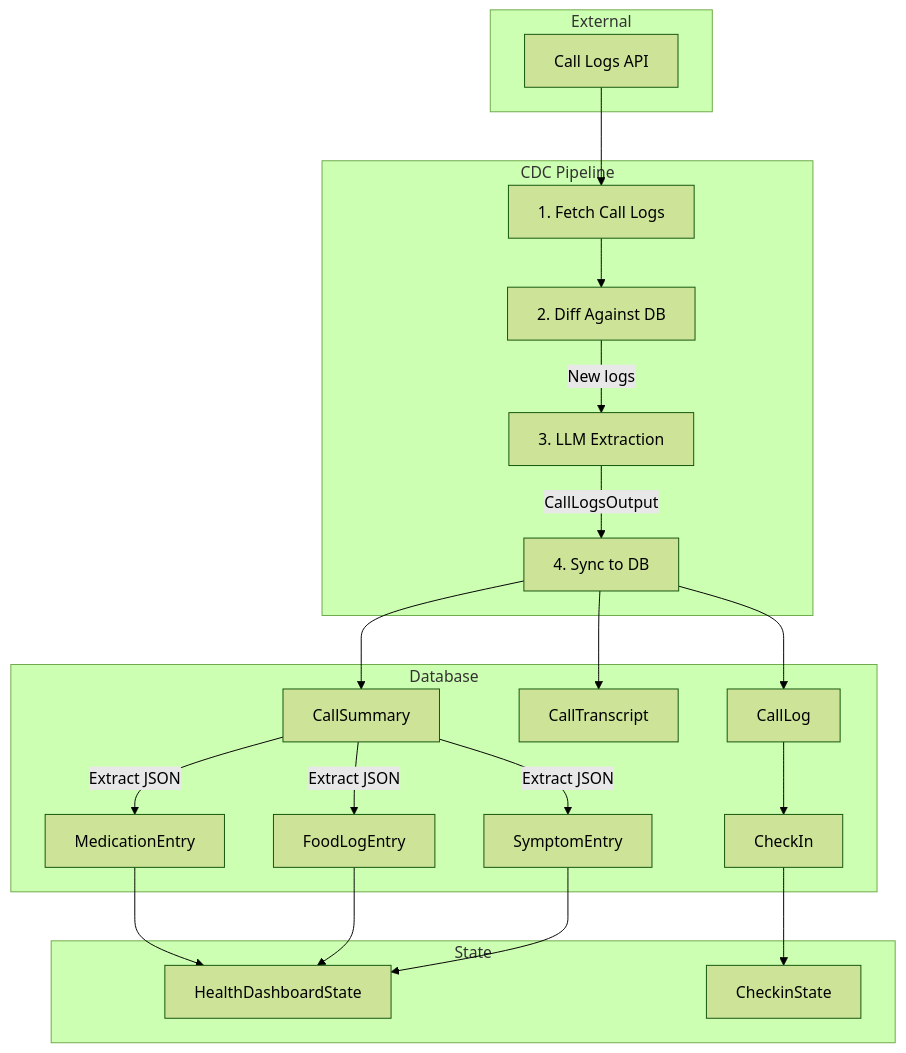
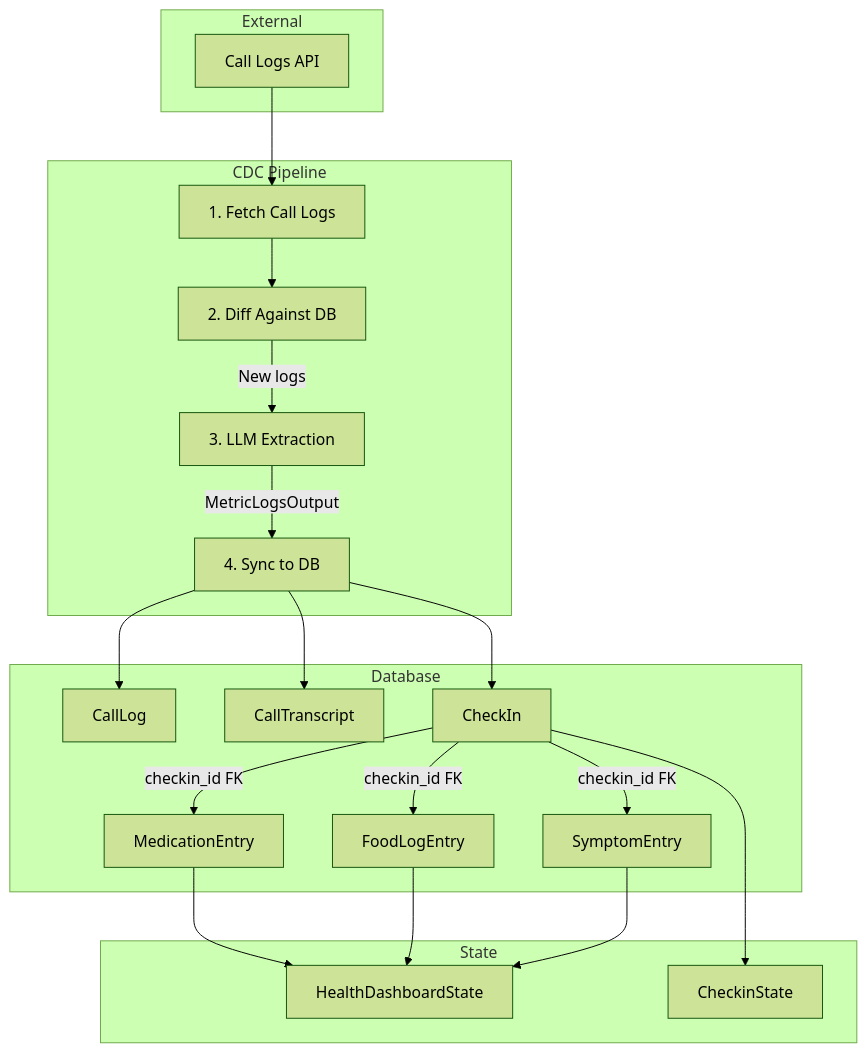
One commit to Syntropy-Health/Longevity-Dashboard-UI changed the first of 2 diagrams in longevity_clinic/app/functions/vlogs/VLOGS_AGENT.md. Above: the diagram before and after it, drawn with Mermaid (forest theme). The commit also changed other lines of this file and 184 other files, not shown here.

````diff
--- a/longevity_clinic/app/functions/vlogs/VLOGS_AGENT.md
+++ b/longevity_clinic/app/functions/vlogs/VLOGS_AGENT.md
@@ -9,38 +9,36 @@
 ```mermaid
 flowchart TD
     subgraph External
         API[Call Logs API]
     end
 
     subgraph CDC Pipeline
         FETCH[1. Fetch Call Logs]
         DIFF[2. Diff Against DB]
         LLM[3. LLM Extraction]
         SYNC[4. Sync to DB]
     end
 
     subgraph Database
         CL[CallLog]
         CT[CallTranscript]
-        CS[CallSummary]
+        CHK[CheckIn]
         MED[MedicationEntry]
         FOOD[FoodLogEntry]
         SYM[SymptomEntry]
-        CHK[CheckIn]
     end
 
     subgraph State
         DS[HealthDashboardState]
         CKS[CheckinState]
     end
 
     API --> FETCH
     FETCH --> DIFF
     DIFF -->|New logs| LLM
-    LLM -->|CallLogsOutput| SYNC
-    SYNC --> CL & CT & CS
-    CS -->|Extract JSON| MED & FOOD & SYM
-    CL --> CHK
+    LLM -->|MetricLogsOutput| SYNC
+    SYNC --> CL & CT & CHK
+    CHK -->|checkin_id FK| MED & FOOD & SYM
     MED & FOOD & SYM --> DS
     CHK --> CKS
 ```
````
